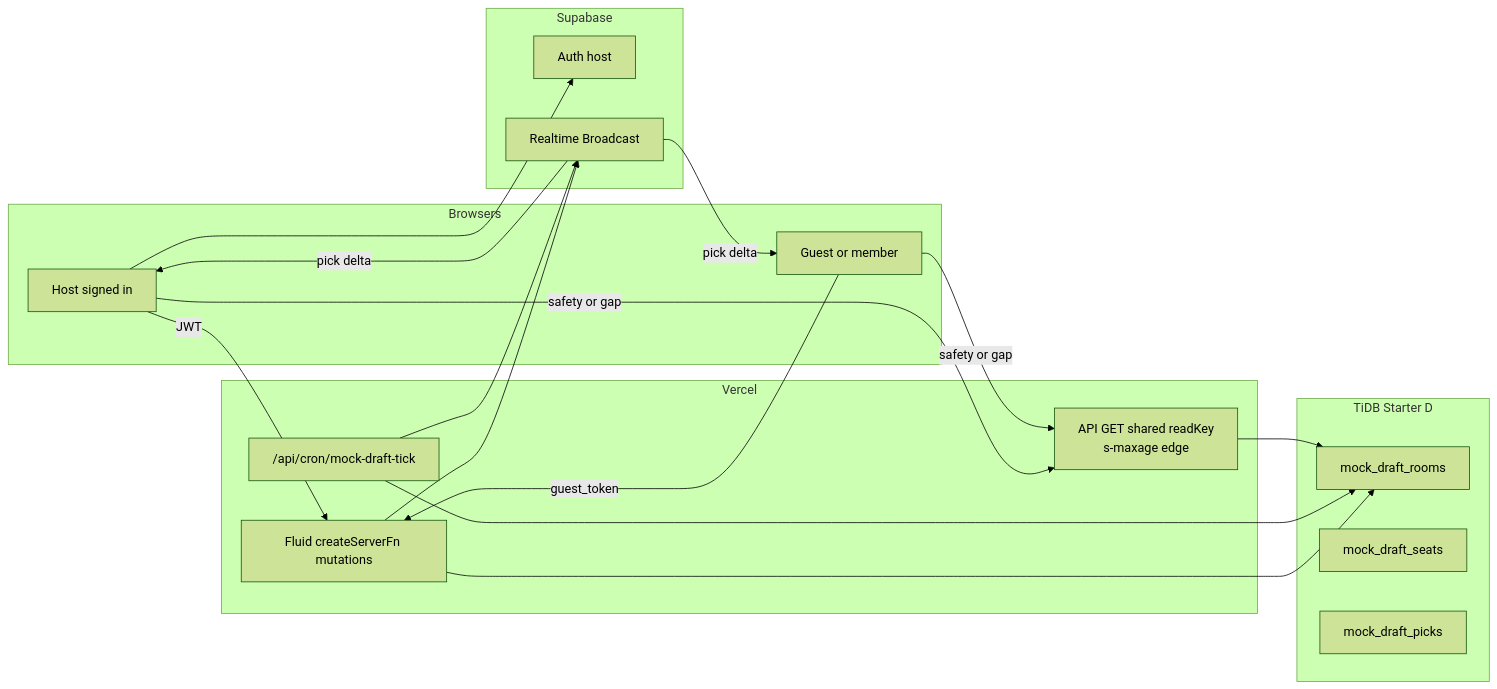
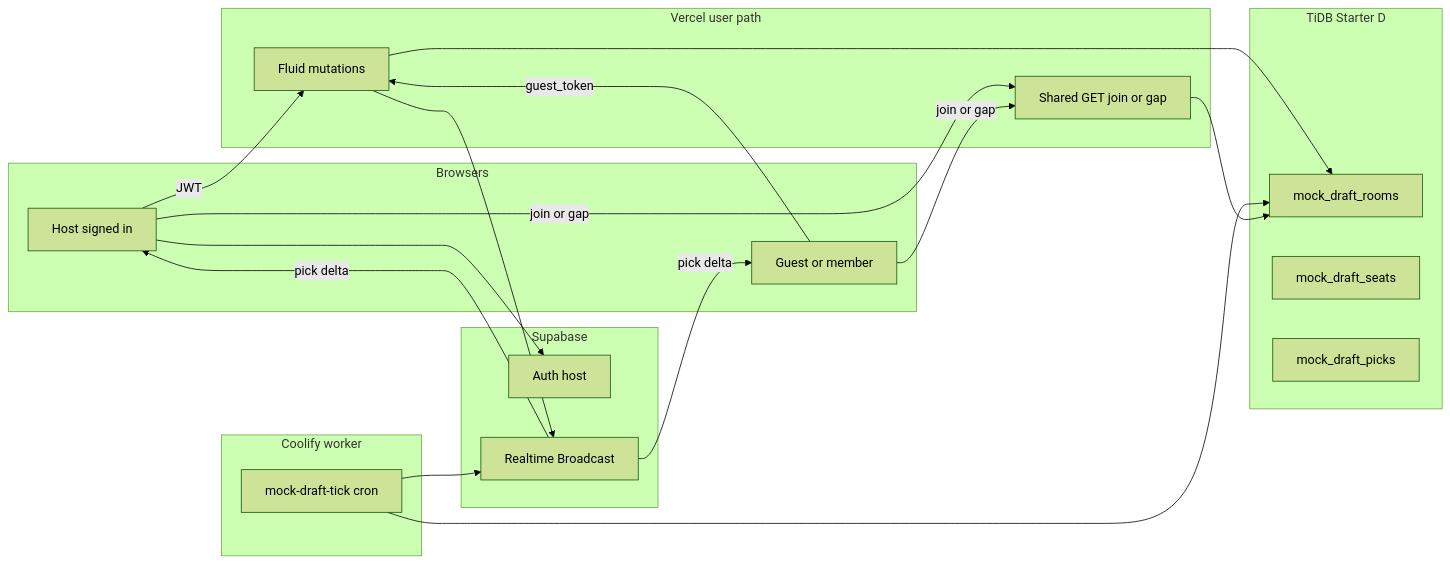
Before and after one commit to Jacob-Rollin/TheLeagueOffice: the second of 2 diagrams in docs/mock-draft-lobbies-plan.md, drawn with Mermaid (forest theme). The commit also changed other lines of this file, not shown here.

First line of the commit message:
Lock Coolify into mock lobby rollout plus launch extras.

````diff
--- a/docs/mock-draft-lobbies-plan.md
+++ b/docs/mock-draft-lobbies-plan.md
@@ -251,33 +268,35 @@
 ```mermaid
 flowchart LR
   subgraph clients [Browsers]
     Host[Host signed in]
     Guest[Guest or member]
   end
-  subgraph vercel [Vercel]
-    Mut[Fluid createServerFn mutations]
-    Read["API GET shared readKey\ns-maxage edge"]
-    Cron["/api/cron/mock-draft-tick"]
+  subgraph vercel [Vercel user path]
+    Mut[Fluid mutations]
+    Read["Shared GET join or gap"]
+  end
+  subgraph coolify [Coolify worker]
+    Cron["mock-draft-tick cron"]
   end
   subgraph supa [Supabase]
     Auth[Auth host]
     RT[Realtime Broadcast]
   end
   subgraph tidb [TiDB Starter D]
     Rooms[mock_draft_rooms]
     Seats[mock_draft_seats]
     Picks[mock_draft_picks]
   end
   Host -->|JWT| Mut
   Guest -->|guest_token| Mut
   Mut --> Rooms
   Mut --> RT
   Cron --> Rooms
   Cron --> RT
   RT -->|pick delta| Host
   RT -->|pick delta| Guest
-  Host -->|safety or gap| Read
-  Guest -->|safety or gap| Read
+  Host -->|join or gap| Read
+  Guest -->|join or gap| Read
   Read --> Rooms
   Host --> Auth
 ```
````
